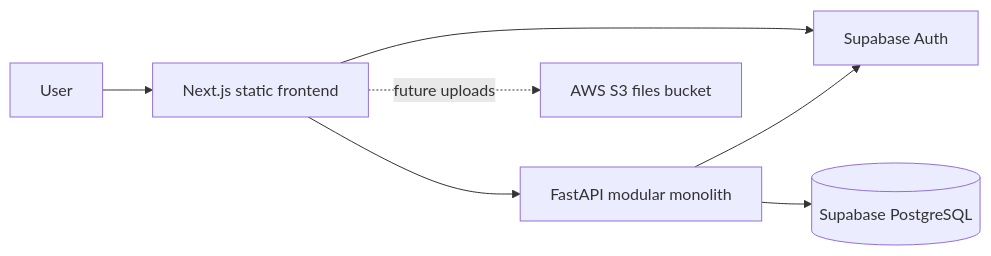
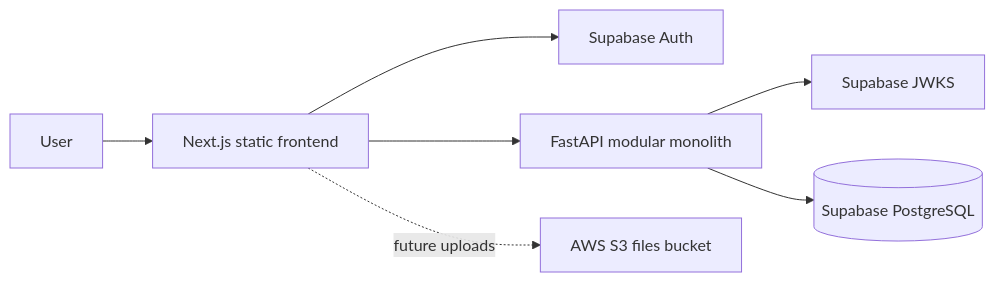
One commit to vini-araujo/Productivity-App changed the diagram in docs/architecture.md. Above: the diagram before and after it, drawn with Mermaid. The commit also changed other lines of this file and 48 other files, not shown here.

First line of the commit message:
feat(auth): add Supabase authentication and protected profiles

````diff
--- a/docs/architecture.md
+++ b/docs/architecture.md
@@ -11,9 +10,9 @@
 ```mermaid
 flowchart LR
     User[User] --> Web[Next.js static frontend]
     Web --> Auth[Supabase Auth]
     Web --> API[FastAPI modular monolith]
-    API --> Auth
+    API --> JWKS[Supabase JWKS]
     API --> DB[(Supabase PostgreSQL)]
     Web -. future uploads .-> Files[AWS S3 files bucket]
 ```
````
